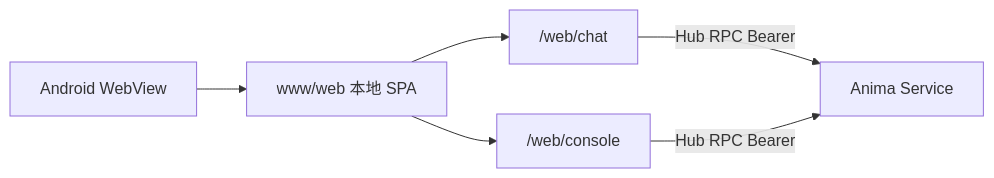
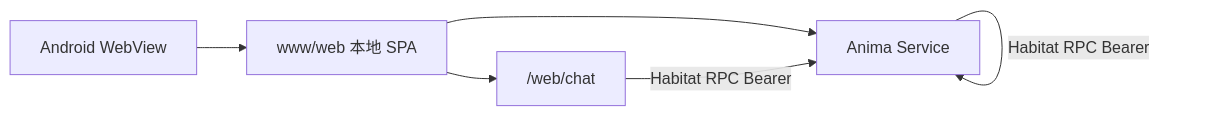
One commit to freeanima-org/freeanima changed the diagram in docs/features/mobile-app.md. Above: the diagram before and after it, drawn with Mermaid. The commit also changed other lines of this file and 933 other files, not shown here.

````diff
--- a/docs/features/mobile-app.md
+++ b/docs/features/mobile-app.md
@@ -22,14 +22,14 @@
 ```mermaid
 flowchart LR
   Phone[Android WebView]
   Local["www/web 本地 SPA"]
   Chat["/web/chat"]
-  Console["/web/console"]
-  Hub[Anima Service]
+  Habitat["/web/habitat"]
+  Habitat[Anima Service]
 
   Phone --> Local
   Local --> Chat
-  Local --> Console
-  Chat -->|Hub RPC Bearer| Hub
-  Console -->|Hub RPC Bearer| Hub
+  Local --> Habitat
+  Chat -->|Habitat RPC Bearer| Habitat
+  Habitat -->|Habitat RPC Bearer| Habitat
 ```
````
